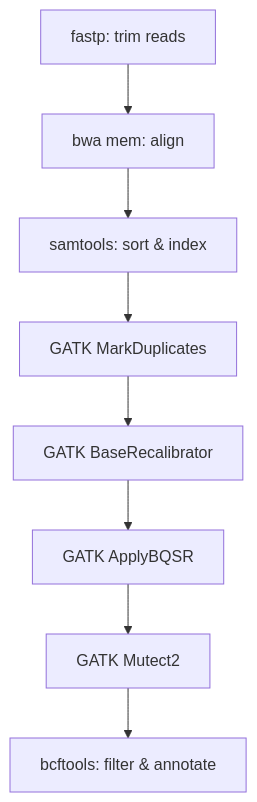
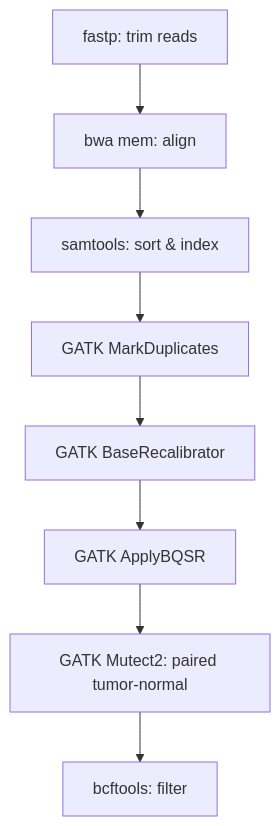
The diagram in docs/guide/src/tutorials/variant-calling.md (Traitome/oxo-flow), drawn with Mermaid before and after one commit. The commit also changed other lines of this file, not shown here.

First line of the commit message:
docs: rewrite variant-calling tutorial with professional paired tumor-normal design

````diff
--- a/docs/guide/src/tutorials/variant-calling.md
+++ b/docs/guide/src/tutorials/variant-calling.md
@@ -11,10 +11,10 @@
 ```mermaid
 graph TD
     A[fastp: trim reads] --> B[bwa mem: align]
     B --> C[samtools: sort & index]
     C --> D[GATK MarkDuplicates]
     D --> E[GATK BaseRecalibrator]
     E --> F[GATK ApplyBQSR]
-    F --> G[GATK Mutect2]
-    G --> H[bcftools: filter & annotate]
+    F --> G[GATK Mutect2: paired tumor-normal]
+    G --> H[bcftools: filter]
 ```
````
